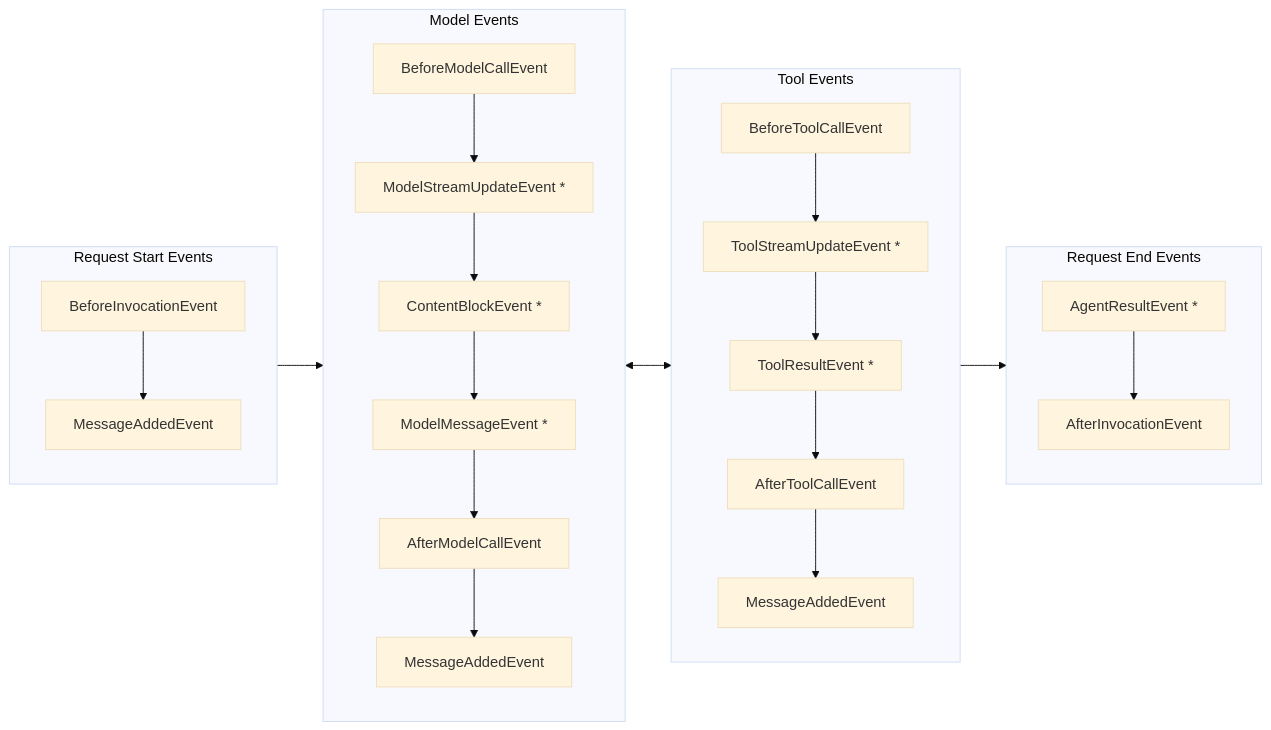
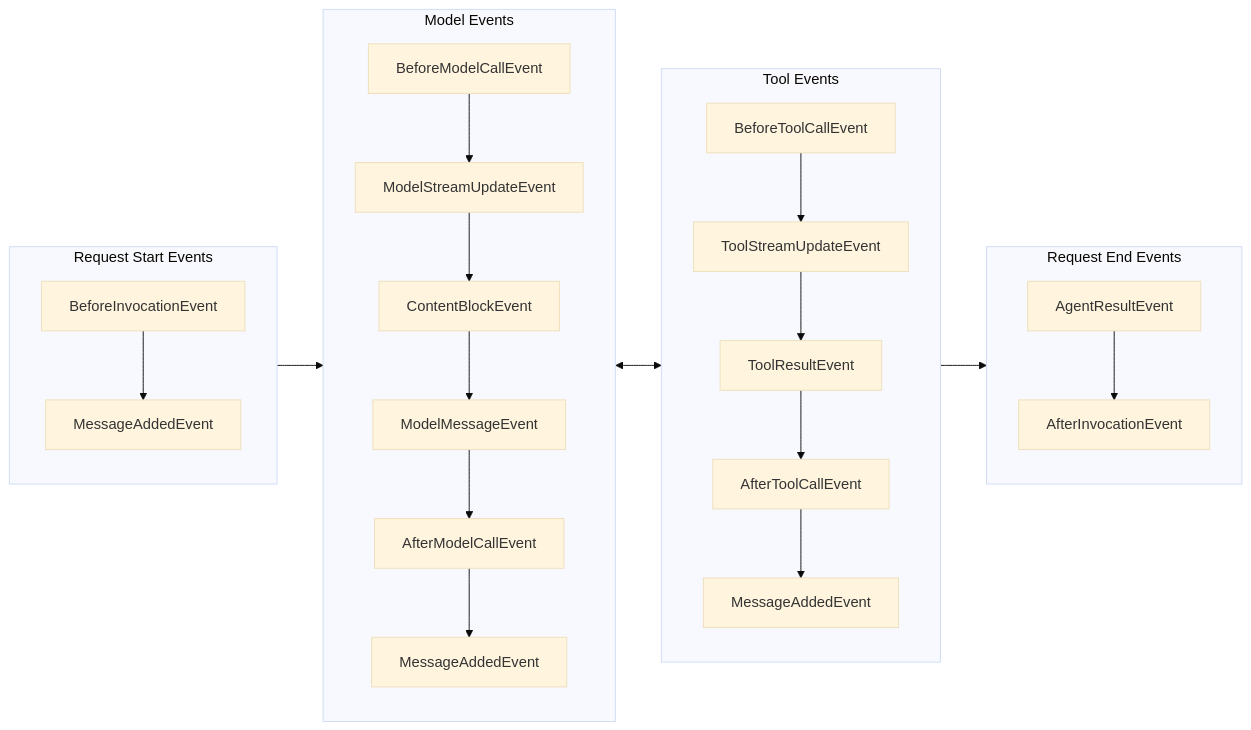
One commit to strands-agents/docs changed the second of 3 diagrams in docs/user-guide/concepts/agents/hooks.md. Above: the diagram before and after it, drawn with Mermaid (base theme). The commit also changed other lines of this file, not shown here.

Commit message:
docs: split hook lifecycle diagrams into Python/TypeScript tabs

````diff
--- a/docs/user-guide/concepts/agents/hooks.md
+++ b/docs/user-guide/concepts/agents/hooks.md
@@ -100,44 +137,44 @@
-```mermaid
-flowchart LR
- subgraph Start["Request Start Events"]
-    direction TB
-        BeforeInvocationEvent["BeforeInvocationEvent"]
-        StartMessage["MessageAddedEvent"]
-        BeforeInvocationEvent --> StartMessage
-  end
- subgraph Model["Model Events"]
-    direction TB
-        BeforeModelCallEvent["BeforeModelCallEvent"]
-        ModelStreamUpdateEvent["ModelStreamUpdateEvent *"]
-        ContentBlockEvent["ContentBlockEvent *"]
-        ModelMessageEvent["ModelMessageEvent *"]
-        AfterModelCallEvent["AfterModelCallEvent"]
-        ModelMessage["MessageAddedEvent"]
-        BeforeModelCallEvent --> ModelStreamUpdateEvent
-        ModelStreamUpdateEvent --> ContentBlockEvent
-        ContentBlockEvent --> ModelMessageEvent
-        ModelMessageEvent --> AfterModelCallEvent
-        AfterModelCallEvent --> ModelMessage
-  end
-  subgraph Tool["Tool Events"]
-    direction TB
-        BeforeToolCallEvent["BeforeToolCallEvent"]
-        ToolStreamUpdateEvent["ToolStreamUpdateEvent *"]
-        ToolResultEvent["ToolResultEvent *"]
-        AfterToolCallEvent["AfterToolCallEvent"]
-        ToolMessage["MessageAddedEvent"]
-        BeforeToolCallEvent --> ToolStreamUpdateEvent
-        ToolStreamUpdateEvent --> ToolResultEvent
-        ToolResultEvent --> AfterToolCallEvent
-        AfterToolCallEvent --> ToolMessage
-  end
-  subgraph End["Request End Events"]
-    direction TB
-        AgentResultEvent["AgentResultEvent *"]
-        AfterInvocationEvent["AfterInvocationEvent"]
-        AgentResultEvent --> AfterInvocationEvent
-  end
-Start --> Model
-Model <--> Tool
-Tool --> End
-```
+    ```mermaid
+    flowchart LR
+     subgraph Start["Request Start Events"]
+        direction TB
+            BeforeInvocationEvent["BeforeInvocationEvent"]
+            StartMessage["MessageAddedEvent"]
+            BeforeInvocationEvent --> StartMessage
+      end
+     subgraph Model["Model Events"]
+        direction TB
+            BeforeModelCallEvent["BeforeModelCallEvent"]
+            ModelStreamUpdateEvent["ModelStreamUpdateEvent"]
+            ContentBlockEvent["ContentBlockEvent"]
+            ModelMessageEvent["ModelMessageEvent"]
+            AfterModelCallEvent["AfterModelCallEvent"]
+            ModelMessage["MessageAddedEvent"]
+            BeforeModelCallEvent --> ModelStreamUpdateEvent
+            ModelStreamUpdateEvent --> ContentBlockEvent
+            ContentBlockEvent --> ModelMessageEvent
+            ModelMessageEvent --> AfterModelCallEvent
+            AfterModelCallEvent --> ModelMessage
+      end
+      subgraph Tool["Tool Events"]
+        direction TB
+            BeforeToolCallEvent["BeforeToolCallEvent"]
+            ToolStreamUpdateEvent["ToolStreamUpdateEvent"]
+            ToolResultEvent["ToolResultEvent"]
+            AfterToolCallEvent["AfterToolCallEvent"]
+            ToolMessage["MessageAddedEvent"]
+            BeforeToolCallEvent --> ToolStreamUpdateEvent
+            ToolStreamUpdateEvent --> ToolResultEvent
+            ToolResultEvent --> AfterToolCallEvent
+            AfterToolCallEvent --> ToolMessage
+      end
+      subgraph End["Request End Events"]
+        direction TB
+            AgentResultEvent["AgentResultEvent"]
+            AfterInvocationEvent["AfterInvocationEvent"]
+            AgentResultEvent --> AfterInvocationEvent
+      end
+    Start --> Model
+    Model <--> Tool
+    Tool --> End
+    ```
````
